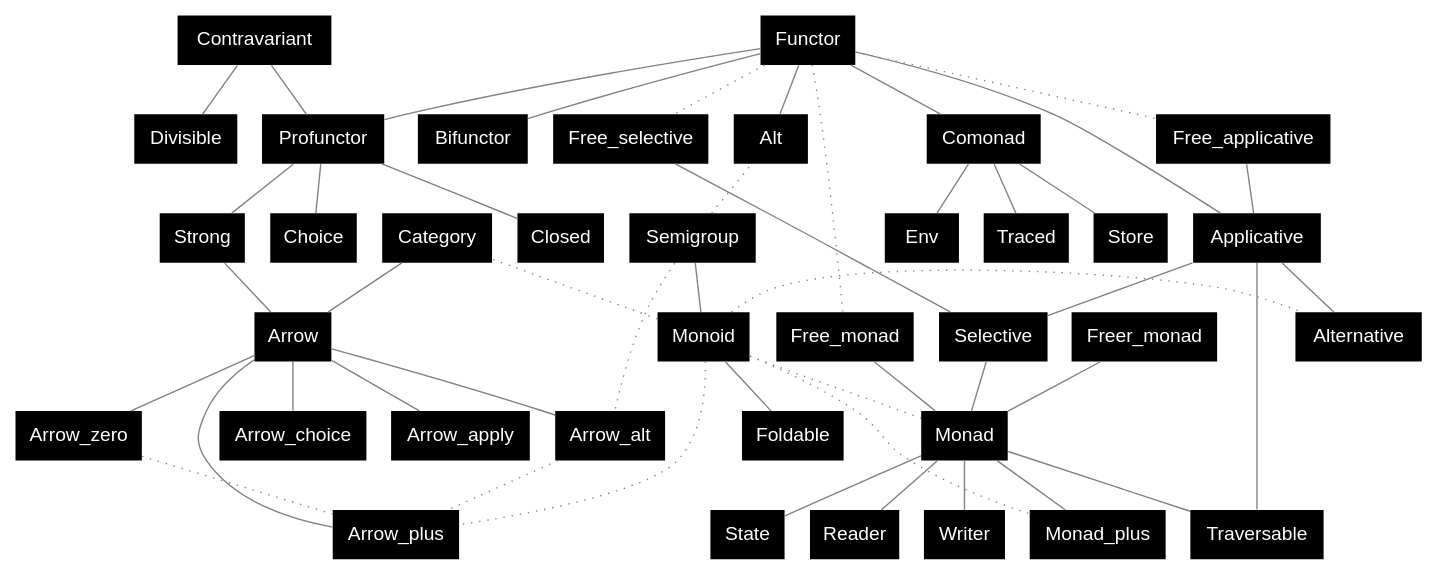
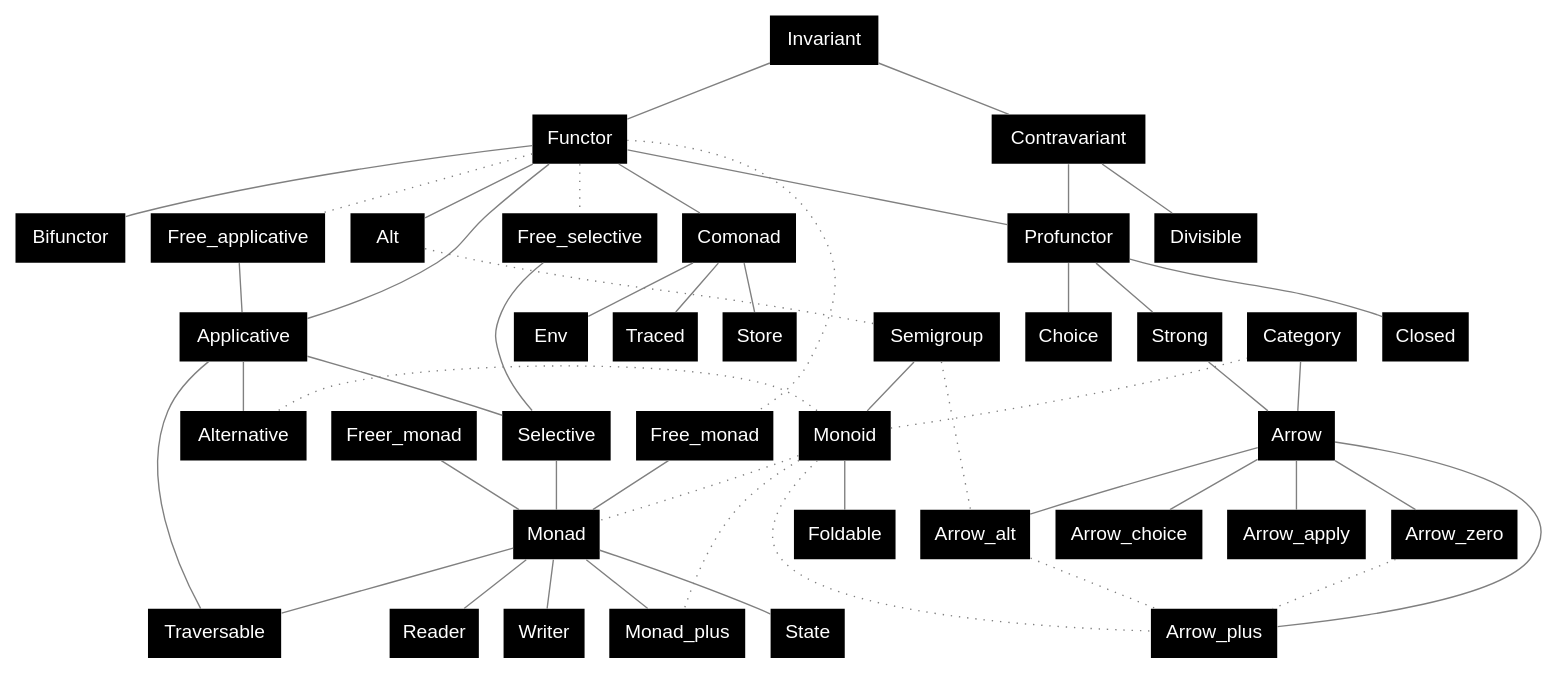
One commit to xvw/preface changed the diagram in .github/dot/specs.dot. Above: the diagram before and after it, drawn with Graphviz. The commit also changed 2 other files, not shown here.

```diff
--- a/.github/dot/specs.dot
+++ b/.github/dot/specs.dot
@@ -1,63 +1,66 @@
 graph {
         node [shape=plaintext; fontname = "Helvetica"; style=filled; fillcolor=black; fontcolor=white];
         edge [color = gray];
-        
+
+        Invariant;
+        Invariant -- Functor;
+        Invariant -- Contravariant;
         Contravariant;
         Divisible;
         Functor -- Applicative -- Selective --  Monad;
         Applicative -- Alternative;
         Monad -- Monad_plus;
         Functor -- Alt;
         Functor -- Comonad;
         
         Semigroup -- Monoid;
         Monoid -- Alternative [style=dotted; arrowhead=none; constraint=false];
         Monoid -- Monad_plus [style=dotted; arrowhead=none; constraint=false];
         Semigroup -- Alt [style=dotted; arrowhead=none; constraint=false];
         Monoid -- Monad [style=dotted; arrowhead=none];
         Monoid -- Foldable;
 
         Functor -- Free_selective [style=dotted; arrowhead=none];
         Functor -- Free_applicative [style=dotted; arrowhead=none];
         Functor -- Free_monad [style=dotted; arrowhead=none];
         
         Free_selective -- Selective;
         Free_applicative -- Applicative;
         Free_monad -- Monad;
         Freer_monad -- Monad;
 
         Profunctor;
         Bifunctor;
 
         Contravariant -- Divisible;
         Contravariant -- Profunctor;
         Functor -- Profunctor;
         Functor -- Bifunctor;
 
         Monad --State;
         Monad -- Reader;
         Monad -- Writer;
 
         Comonad -- Store;
         Comonad -- Env;
         Comonad -- Traced;
 
         Applicative -- Traversable;
         Monad -- Traversable;
 
         Monoid -- Category [style=dotted; arrowhead=none; constraint=false];
         Category -- Arrow;
         Profunctor -- Strong;
         Profunctor -- Choice;
         Profunctor -- Closed;
         Strong -- Arrow;
         Arrow -- Arrow_zero;
         Arrow -- Arrow_alt;
         Arrow -- Arrow_plus;
         Arrow -- Arrow_choice;
         Arrow -- Arrow_apply;
         Arrow_zero -- Arrow_plus [style=dotted; arrowhead=none];
         Arrow_alt -- Arrow_plus [style=dotted; arrowhead=none];
         Monoid -- Arrow_plus [style=dotted; arrowhead=none];
         Semigroup -- Arrow_alt [style=dotted; arrowhead=none];
 }
```
